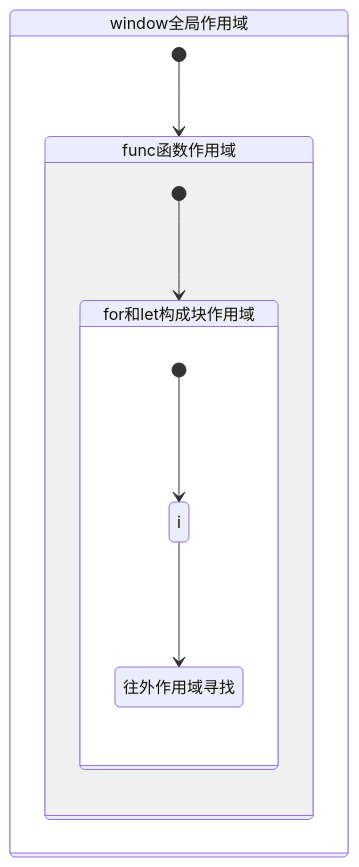
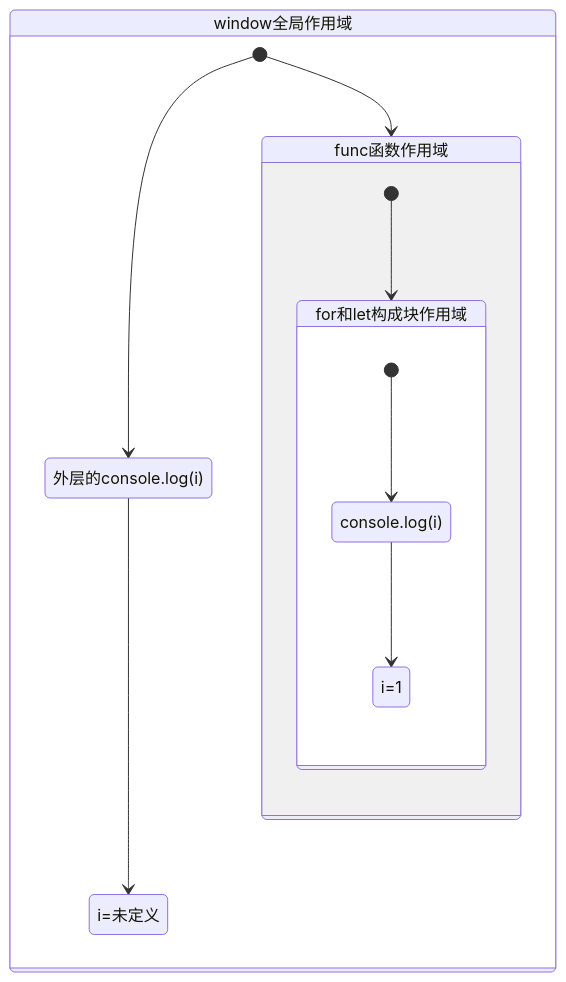
One commit to liaozhijie8/liaozhijie8.github.io changed the first of 3 diagrams in es6变量/index.md. Above: the diagram before and after it, drawn with Mermaid. The commit also changed other lines of this file and 10 other files, not shown here.

```diff
--- a/es6变量/index.md
+++ b/es6变量/index.md
@@ -60,16 +61,17 @@
 {{< mermaid >}}
 stateDiagram-v2
     state window全局作用域 {
-        [*] --> func函数作用域
-
+        [*] --> func函数作用域 i=未定义
+        [*] --> 外层的console.log(i)
+        外层的console.log(i) --> i=未定义
         state func函数作用域 {
             [*] --> for和let构成块作用域
 
             state for和let构成块作用域 {
-                [*] --> i
-                i --> 往外作用域寻找
+                [*] --> console.log(i) i=1
+                console.log(i) --> i=1
             }
         }
     }
 
 {{< /mermaid >}}
```
